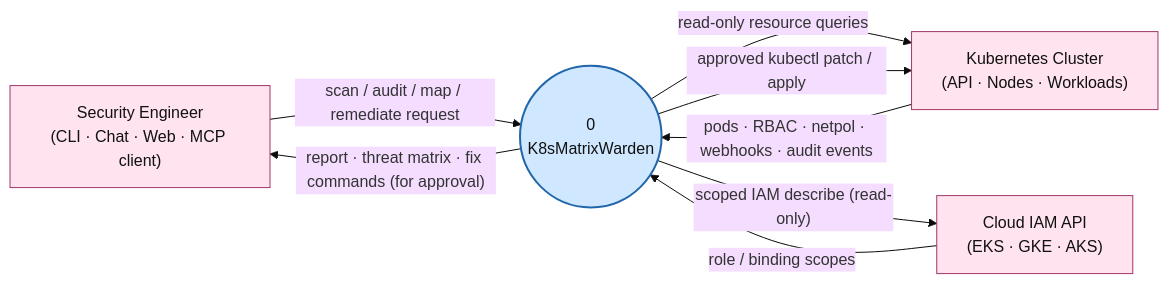
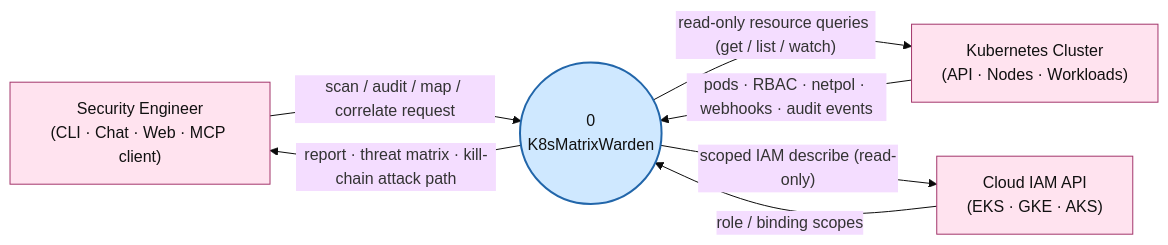
The first of 7 diagrams in K8sMatrixWarden v1.0 - MITRE-Aligned Architecture.md (rohitsoni1209/K8sMatrixWarden), drawn with Mermaid (base theme) before and after one commit. The commit also changed other lines of this file and 126 other files, not shown here.

````diff
--- a/K8sMatrixWarden v1.0 - MITRE-Aligned Architecture.md
+++ b/K8sMatrixWarden v1.0 - MITRE-Aligned Architecture.md
@@ -300,19 +300,18 @@
 ```mermaid
 flowchart LR
     SE["Security Engineer<br/>(CLI · Chat · Web · MCP client)"]:::ext
     K8S["Kubernetes Cluster<br/>(API · Nodes · Workloads)"]:::ext
     IAM["Cloud IAM API<br/>(EKS · GKE · AKS)"]:::ext
 
     P0(("0<br/>K8sMatrixWarden")):::proc
 
-    SE -->|"scan / audit / map / remediate request"| P0
-    P0 -->|"report · threat matrix · fix commands (for approval)"| SE
-    P0 -->|"read-only resource queries"| K8S
+    SE -->|"scan / audit / map / correlate request"| P0
+    P0 -->|"report · threat matrix · kill-chain attack path"| SE
+    P0 -->|"read-only resource queries (get / list / watch)"| K8S
     K8S -->|"pods · RBAC · netpol · webhooks · audit events"| P0
     P0 -->|"scoped IAM describe (read-only)"| IAM
     IAM -->|"role / binding scopes"| P0
-    P0 -->|"approved kubectl patch / apply"| K8S
 
     classDef ext fill:#ffe3ef,stroke:#a3366b,stroke-width:1px,color:#111
     classDef proc fill:#cfe8ff,stroke:#2266aa,stroke-width:2px,color:#111
 ```
````
